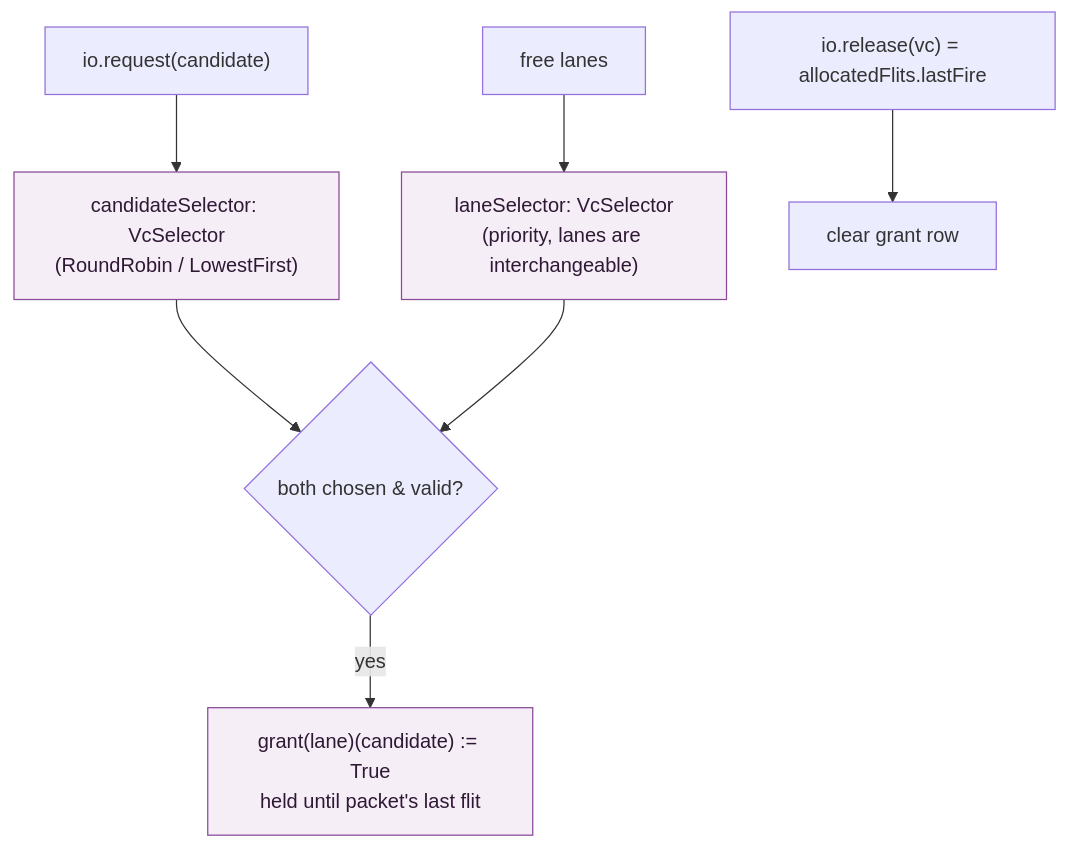
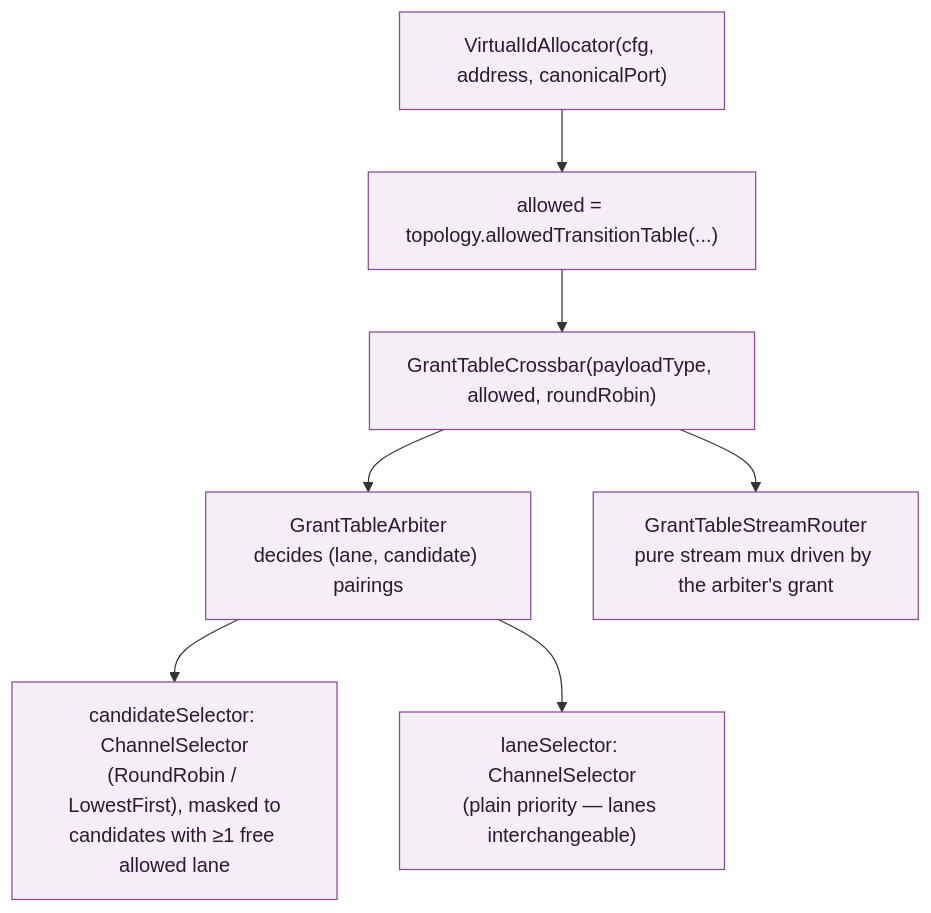
Diagram 11 of 16 in hw/spinal/spinalextras/lib/noc/README.md (jdavidberger/SpinalHDLExtras), drawn with Mermaid before and after one commit. The commit also changed other lines of this file, not shown here.

First line of the commit message:
Rewrite lib/noc README to match current architecture

````diff
--- a/hw/spinal/spinalextras/lib/noc/README.md
+++ b/hw/spinal/spinalextras/lib/noc/README.md
@@ -329,10 +400,10 @@
 ```mermaid
 flowchart TB
   classDef box fill:#f5eef7,stroke:#8a4a97,color:#2f1834
-  Req["io.request(candidate)"] --> CS["candidateSelector: VcSelector<br/>(RoundRobin / LowestFirst)"]:::box
-  Free["free lanes"] --> LS["laneSelector: VcSelector<br/>(priority, lanes are interchangeable)"]:::box
-  CS --> M{"both chosen &amp; valid?"}
-  LS --> M
-  M -->|yes| G["grant(lane)(candidate) := True<br/>held until packet's last flit"]:::box
-  Rel["io.release(vc) = allocatedFlits.lastFire"] --> Clr["clear grant row"]
+  VIA["VirtualIdAllocator(cfg, address, canonicalPort)"]:::box --> AT["allowed = topology.allowedTransitionTable(...)"]:::box
+  AT --> GTC["GrantTableCrossbar(payloadType, allowed, roundRobin)"]:::box
+  GTC --> ARB["GrantTableArbiter<br/>decides (lane, candidate) pairings"]:::box
+  GTC --> ROUTER["GrantTableStreamRouter<br/>pure stream mux driven by the arbiter's grant"]:::box
+  ARB --> CS["candidateSelector: ChannelSelector<br/>(RoundRobin / LowestFirst), masked to<br/>candidates with ≥1 free allowed lane"]:::box
+  ARB --> LS["laneSelector: ChannelSelector<br/>(plain priority — lanes interchangeable)"]:::box
 ```
````
